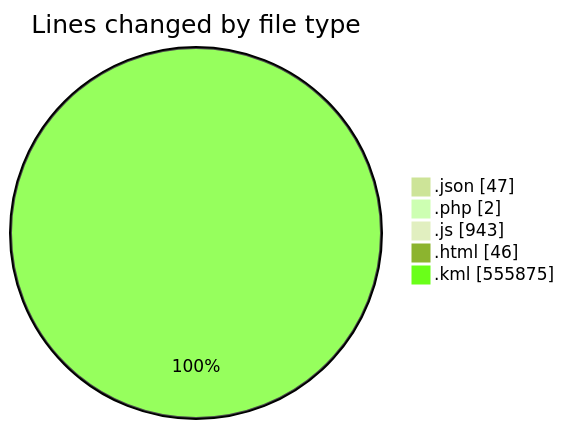
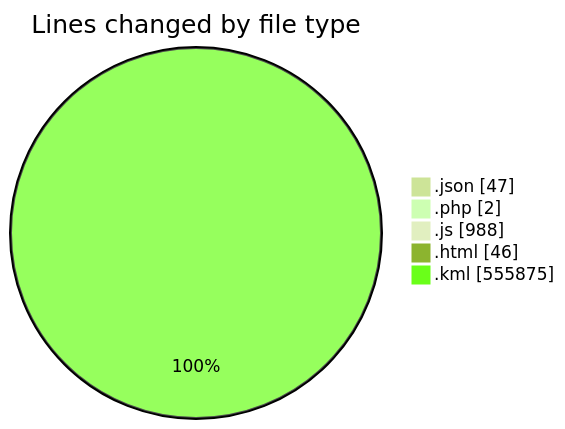
Before and after one commit to LanceThiago/code-tracking: the first of 2 diagrams in 2025-03-27/kml/README.md, drawn with Mermaid (forest theme). The commit also changed other lines of this file and 1 other file, not shown here.

````diff
--- a/2025-03-27/kml/README.md
+++ b/2025-03-27/kml/README.md
@@ -28,9 +28,9 @@
 ```mermaid
 pie showData
 title Lines changed by file type
 ".json" : 47
 ".php" : 2
-".js" : 943
+".js" : 988
 ".html" : 46
 ".kml" : 555875
 ```
````
